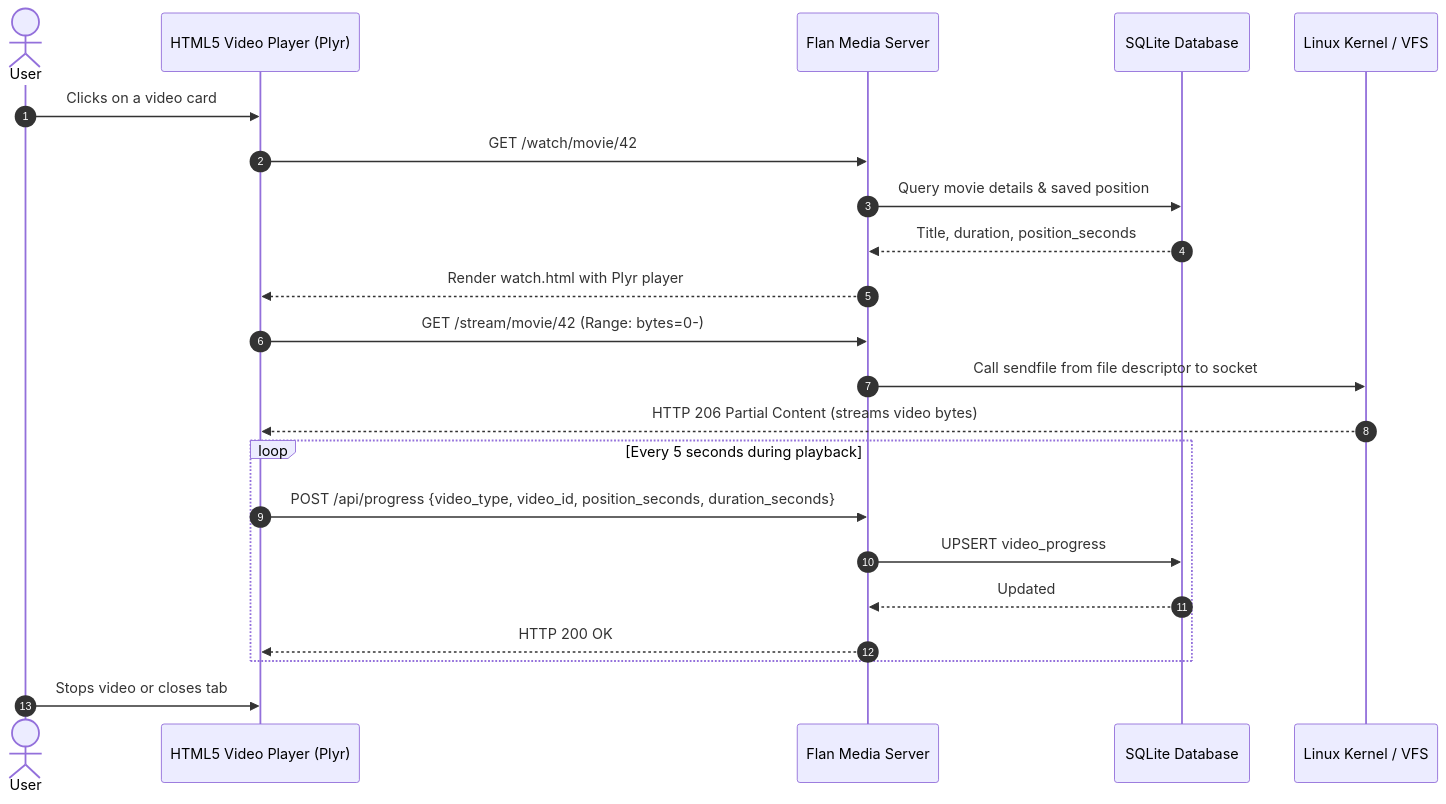
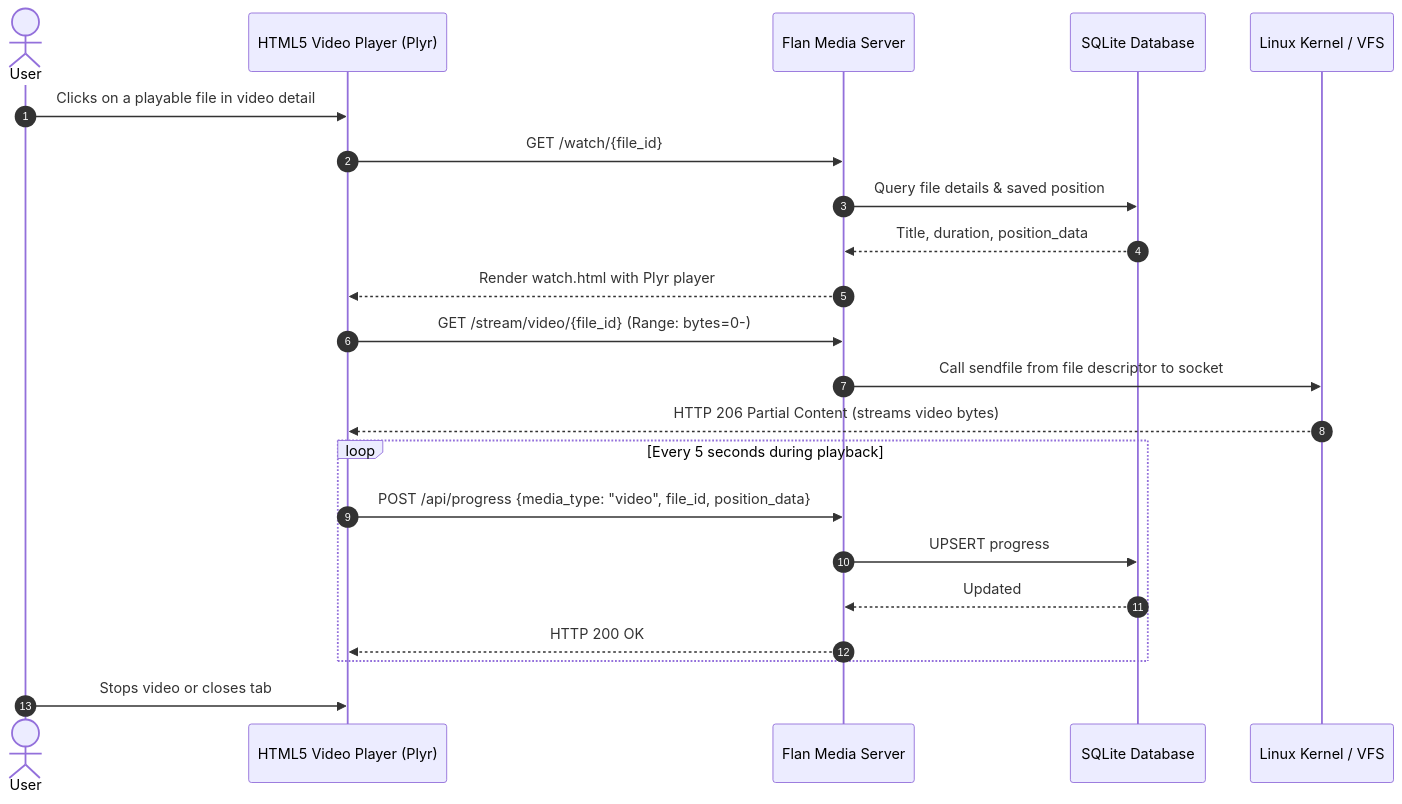
The third of 5 diagrams in docs/diagrams/user-flows.md (WesleyEsq/Flan-Media-Server), drawn with Mermaid before and after one commit. The commit also changed other lines of this file and 14 other files, not shown here.

````diff
--- a/docs/diagrams/user-flows.md
+++ b/docs/diagrams/user-flows.md
@@ -75,25 +71,25 @@
 ```mermaid
 sequenceDiagram
     autonumber
     actor User
     participant Browser as HTML5 Video Player (Plyr)
     participant Server as Flan Media Server
     participant DB as SQLite Database
     participant Kernel as Linux Kernel / VFS
 
-    User->>Browser: Clicks on a video card
-    Browser->>Server: GET /watch/movie/42
-    Server->>DB: Query movie details & saved position
-    DB-->>Server: Title, duration, position_seconds
+    User->>Browser: Clicks on a playable file in video detail
+    Browser->>Server: GET /watch/{file_id}
+    Server->>DB: Query file details & saved position
+    DB-->>Server: Title, duration, position_data
     Server-->>Browser: Render watch.html with Plyr player
-    Browser->>Server: GET /stream/movie/42 (Range: bytes=0-)
+    Browser->>Server: GET /stream/video/{file_id} (Range: bytes=0-)
     Server->>Kernel: Call sendfile from file descriptor to socket
     Kernel-->>Browser: HTTP 206 Partial Content (streams video bytes)
     loop Every 5 seconds during playback
-        Browser->>Server: POST /api/progress {video_type, video_id, position_seconds, duration_seconds}
-        Server->>DB: UPSERT video_progress
+        Browser->>Server: POST /api/progress {media_type: "video", file_id, position_data}
+        Server->>DB: UPSERT progress
         DB-->>Server: Updated
         Server-->>Browser: HTTP 200 OK
     end
     User->>Browser: Stops video or closes tab
 ```
````
